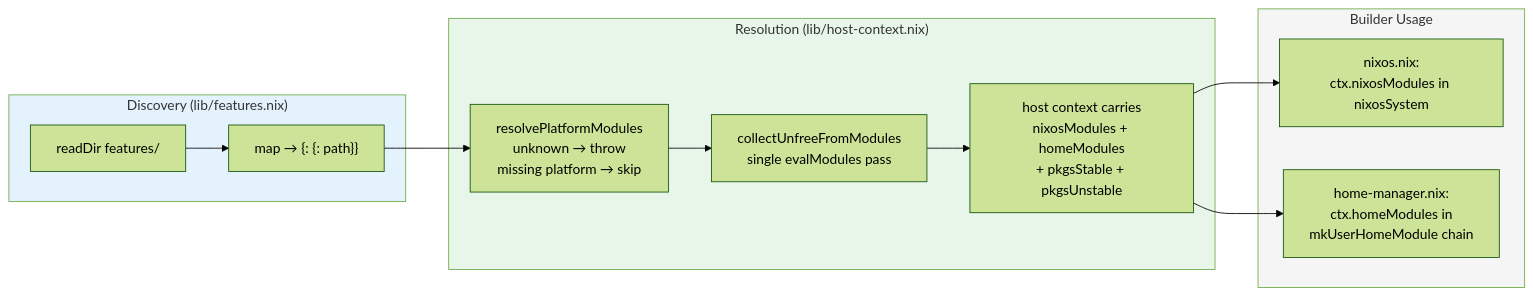
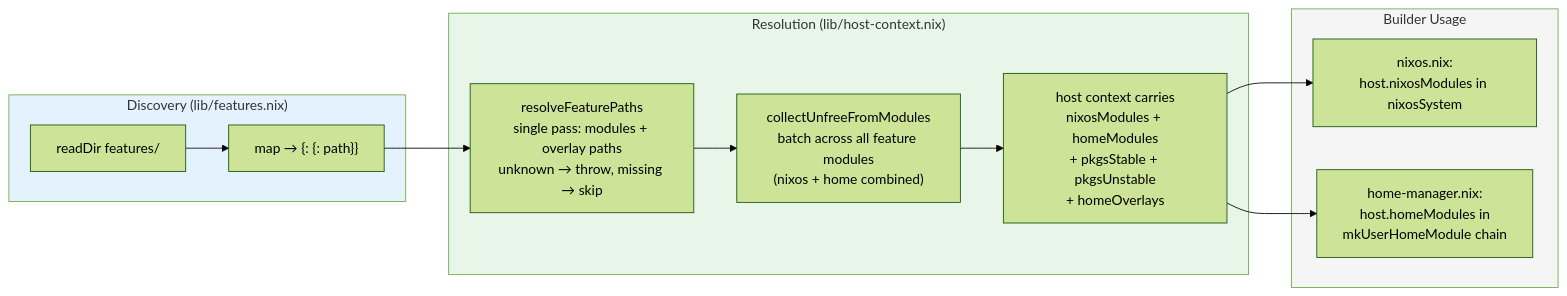
Before and after one commit to WombatFromHell/automatic-palm-tree: the fourth of 8 diagrams in DESIGN.md, drawn with Mermaid (forest theme). The commit also changed other lines of this file and 19 other files, not shown here.

````diff
--- a/DESIGN.md
+++ b/DESIGN.md
@@ -215,29 +208,29 @@
 ```mermaid
 flowchart LR
     subgraph Discover ["Discovery (lib/features.nix)"]
         scan["readDir features/"]
         map["map → {<feature>: {<platform>: path}}"]
     end
 
     subgraph HostCtx ["Resolution (lib/host-context.nix)"]
-        validate["resolvePlatformModules\nunknown → throw\nmissing platform → skip"]
-        unfree["collectUnfreeFromModules\nsingle evalModules pass"]
-        ctxOut["host context carries\nnixosModules + homeModules\n+ pkgsStable + pkgsUnstable"]
+        validate["resolveFeaturePaths\nsingle pass: modules + overlay paths\nunknown → throw, missing → skip"]
+        unfree["collectUnfreeFromModules\nbatch across all feature modules\n(nixos + home combined)"]
+        ctxOut["host context carries\nnixosModules + homeModules\n+ pkgsStable + pkgsUnstable\n+ homeOverlays"]
     end
 
     subgraph Builders ["Builder Usage"]
-        nixosFeat["nixos.nix:\nctx.nixosModules in nixosSystem"]
-        hmFeat["home-manager.nix:\nctx.homeModules in\nmkUserHomeModule chain"]
+        nixosFeat["nixos.nix:\nhost.nixosModules in nixosSystem"]
+        hmFeat["home-manager.nix:\nhost.homeModules in\nmkUserHomeModule chain"]
     end
 
     scan --> map
 
     map --> validate --> unfree --> ctxOut
 
     ctxOut --> nixosFeat
     ctxOut --> hmFeat
 
     style Discover fill:#e3f2fd
     style HostCtx fill:#e8f5e9
     style Builders fill:#f5f5f5
 ```
````
